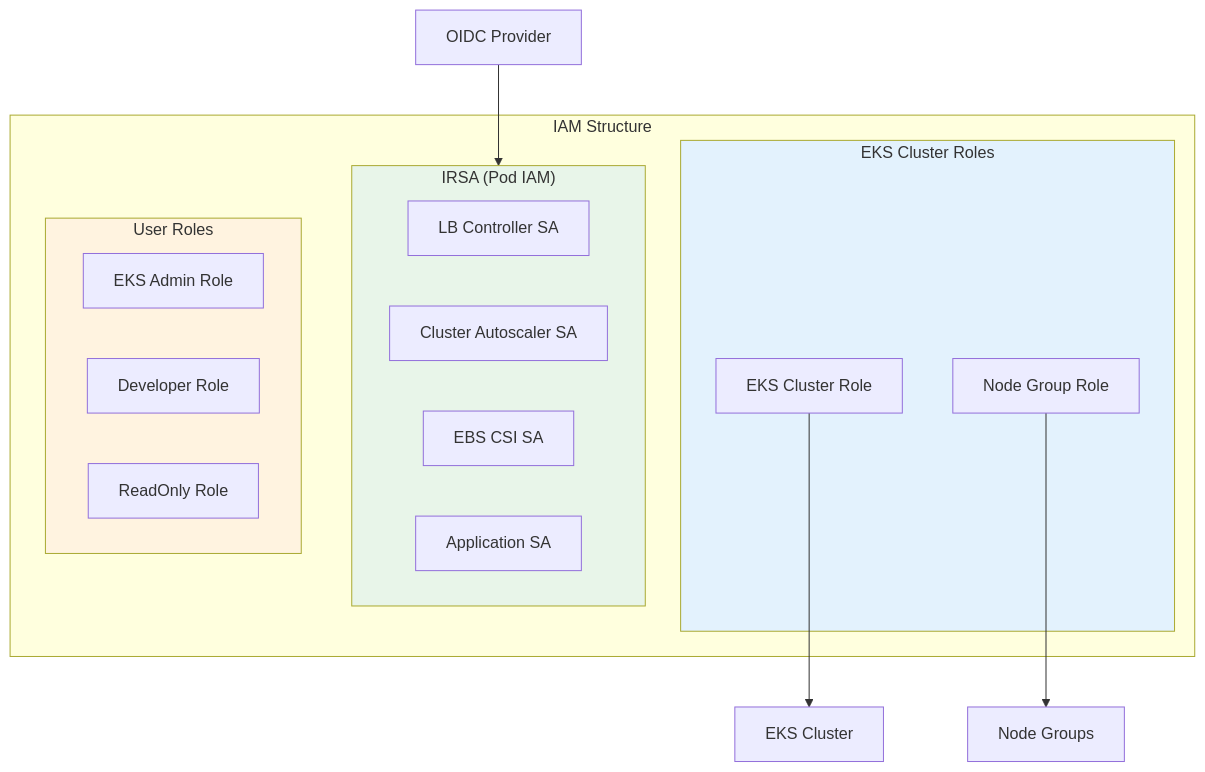
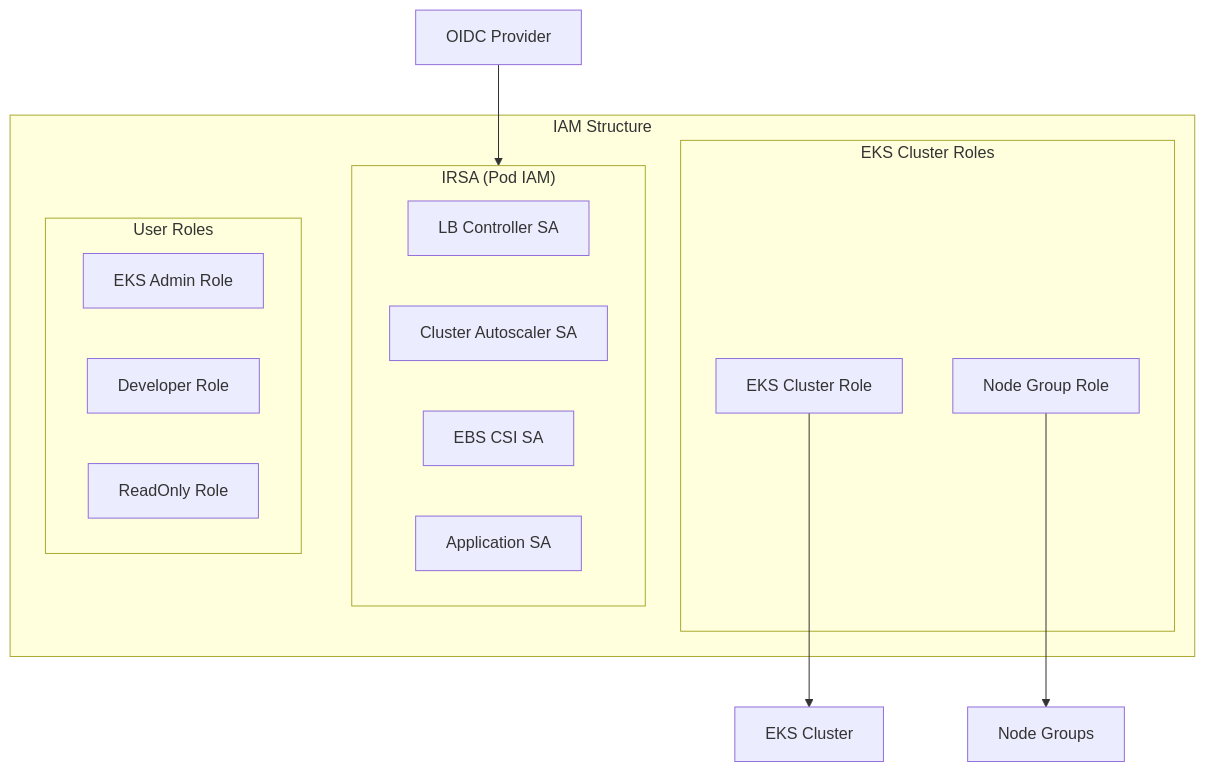
One commit to JSJ2337/AWS_EKS_terraform_code changed the seventh of 9 diagrams in docs/architecture.md. Above: the diagram before and after it, drawn with Mermaid. The commit also changed other lines of this file, not shown here.

Commit message:
fix: Mermaid 다이어그램 컬러 스타일 제거

````diff
--- a/docs/architecture.md
+++ b/docs/architecture.md
@@ -272,30 +244,26 @@
 ```mermaid
 flowchart TB
     subgraph IAM["IAM Structure"]
         subgraph ClusterRoles["EKS Cluster Roles"]
             CR[EKS Cluster Role]
             NR[Node Group Role]
         end
 
         subgraph IRSA["IRSA (Pod IAM)"]
             LBC_SA[LB Controller SA]
             CA_SA[Cluster Autoscaler SA]
             EBS_SA[EBS CSI SA]
             APP_SA[Application SA]
         end
 
         subgraph UserRoles["User Roles"]
             Admin[EKS Admin Role]
             Dev[Developer Role]
             RO[ReadOnly Role]
         end
     end
 
     OIDC[OIDC Provider] --> IRSA
     CR --> EKS[EKS Cluster]
     NR --> NG[Node Groups]
-
-    style IRSA fill:#e8f5e9
-    style ClusterRoles fill:#e3f2fd
-    style UserRoles fill:#fff3e0
 ```
````
